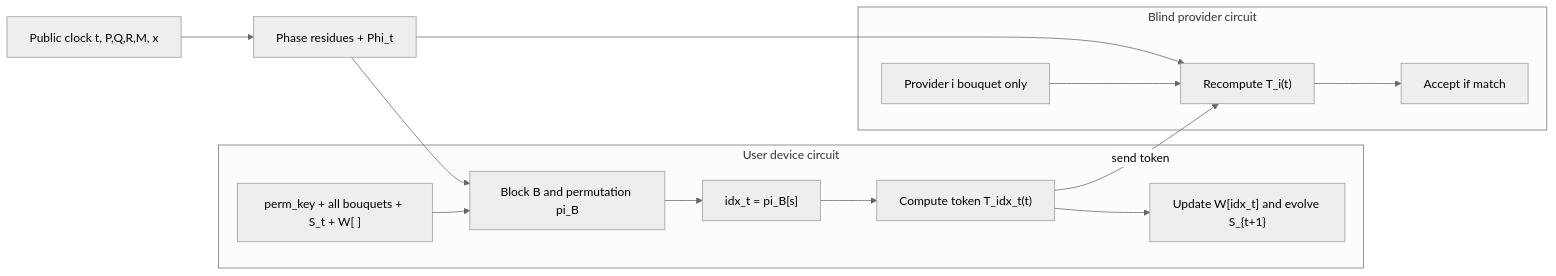
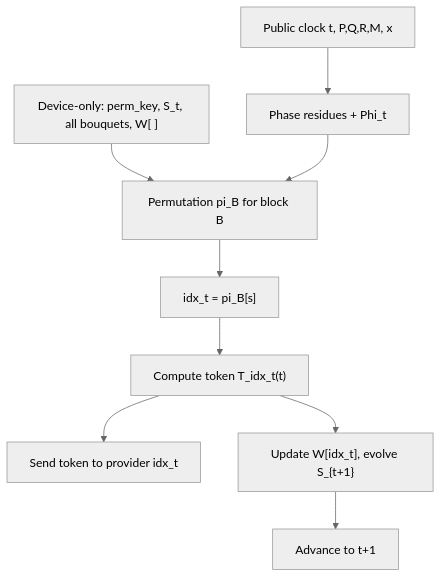
One commit to cekkr/phaselane-algorithm changed the third of 8 diagrams in papers/main-paper.md. Above: the diagram before and after it, drawn with Mermaid. The commit also changed other lines of this file, not shown here.

````diff
--- a/papers/main-paper.md
+++ b/papers/main-paper.md
@@ -131,26 +135,12 @@
 ```mermaid
 %%{init: {"theme":"neutral","flowchart":{"curve":"basis"}} }%%
-flowchart LR
+flowchart TD
   Public["Public clock t, P,Q,R,M, x"] --> Phase["Phase residues + Phi_t"]
-
-  subgraph Device["User device circuit"]
-    D0["perm_key + all bouquets + S_t + W[ ]"]
-    D1["Block B and permutation pi_B"]
-    D2["idx_t = pi_B[s]"]
-    D3["Compute token T_idx_t(t)"]
-    D4["Update W[idx_t] and evolve S_{t+1}"]
-  end
-
-  subgraph Provider["Blind provider circuit"]
-    P0["Provider i bouquet only"]
-    P1["Recompute T_i(t)"]
-    P2["Accept if match"]
-  end
-
-  Phase --> D1
-  D0 --> D1
-  D1 --> D2 --> D3 --> D4
-  D3 -- "send token" --> P1
-  Phase --> P1
-  P0 --> P1 --> P2
+  Secrets["Device-only: perm_key, S_t, all bouquets, W[ ]"] --> Perm["Permutation pi_B for block B"]
+  Phase --> Perm
+  Perm --> Pick["idx_t = pi_B[s]"]
+  Pick --> Tok["Compute token T_idx_t(t)"]
+  Tok --> Send["Send token to provider idx_t"]
+  Tok --> Evolve["Update W[idx_t], evolve S_{t+1}"]
+  Evolve --> Next["Advance to t+1"]
 ```
````
